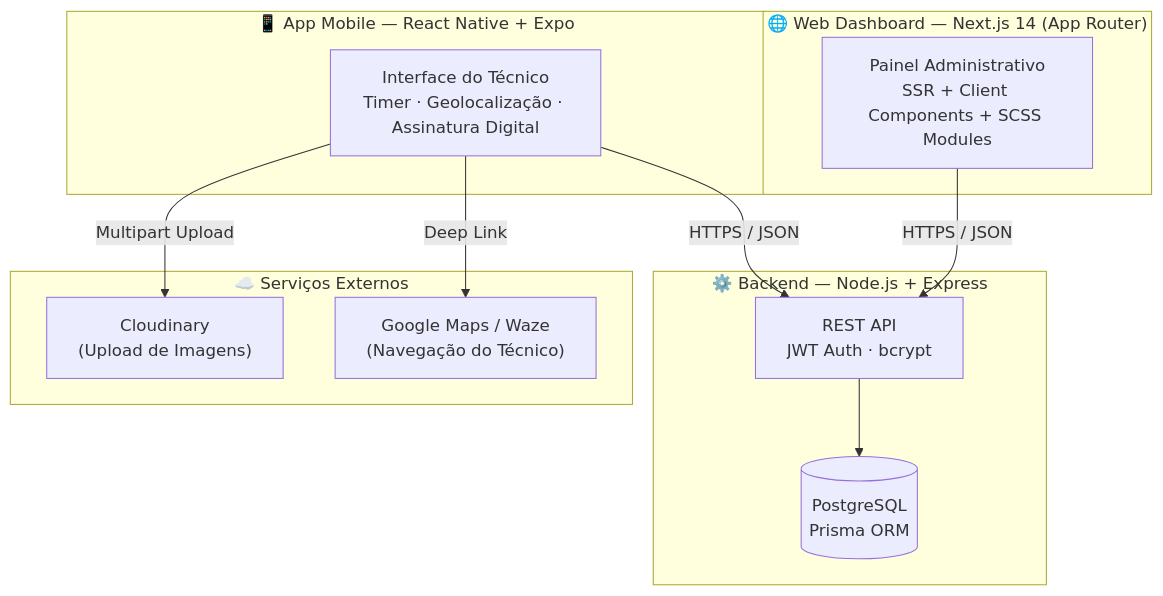
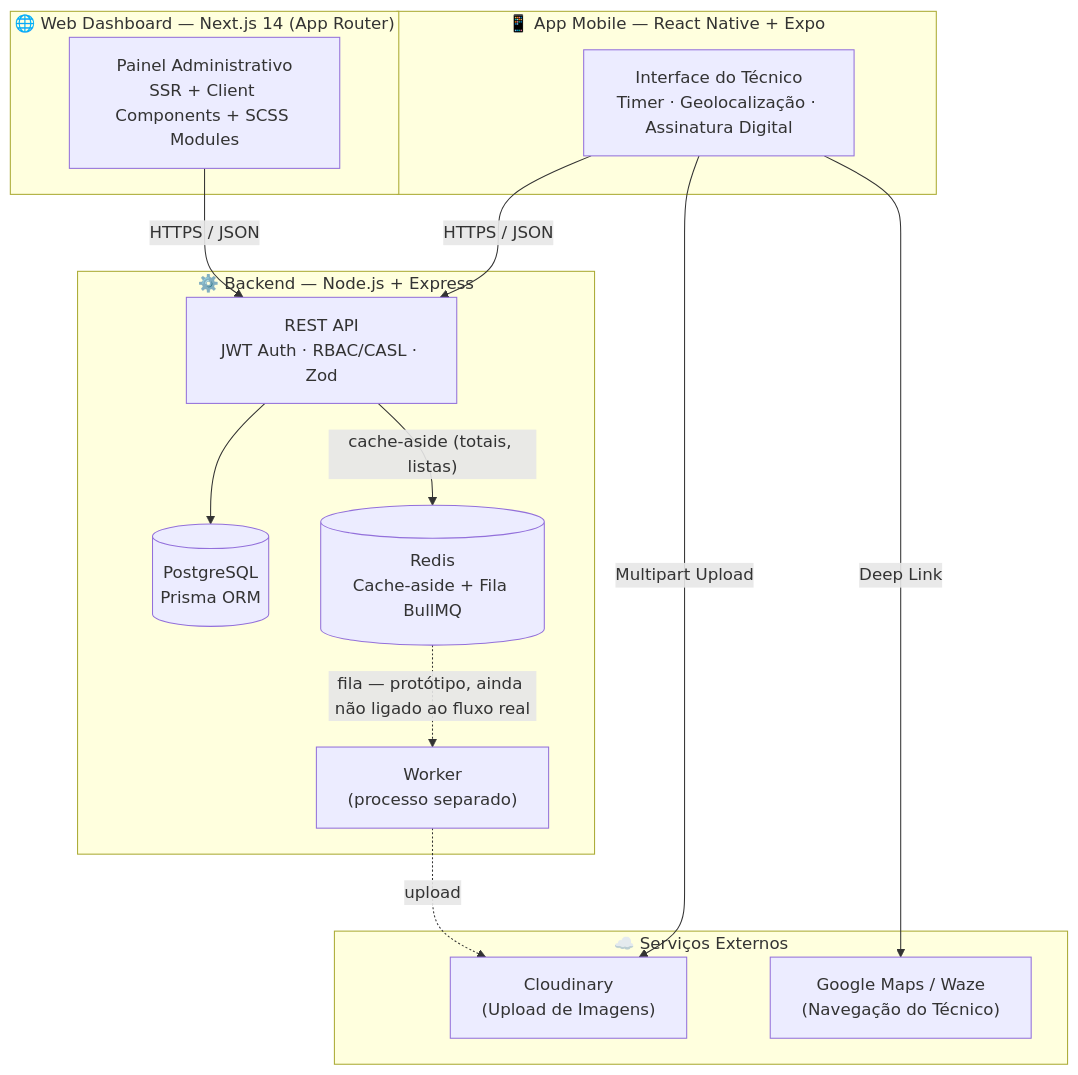
Before and after one commit to pablo-cruzbr/Fire-OS-Service-Order-SaaS: the diagram in README.md, drawn with Mermaid. The commit also changed other lines of this file and 1 other file, not shown here.

Commit message:
docs: update root architecture diagram with Redis and BullMQ worker
O diagrama mermaid do README raiz ainda mostrava so Web/Mobile/API/
Postgres/Cloudinary, sem refletir o Redis (cache-aside + fila) e o
worker adicionados nas ultimas rodadas. Adiciona um ponteiro pro mapa
de arquitetura completo em Backend/estudos-pleno/ARQUITETURA-ANTES-DEPOIS.md.

````diff
--- a/README.md
+++ b/README.md
@@ -60,26 +60,31 @@
 ```mermaid
 graph TB
   subgraph Web["🌐 Web Dashboard — Next.js 14 (App Router)"]
     FE["Painel Administrativo<br/>SSR + Client Components + SCSS Modules"]
   end
 
   subgraph Mobile["📱 App Mobile — React Native + Expo"]
     APP["Interface do Técnico<br/>Timer · Geolocalização · Assinatura Digital"]
   end
 
   subgraph Backend["⚙️ Backend — Node.js + Express"]
-    API["REST API<br/>JWT Auth · bcrypt"]
+    API["REST API<br/>JWT Auth · RBAC/CASL · Zod"]
     DB[("PostgreSQL<br/>Prisma ORM")]
+    REDIS[("Redis<br/>Cache-aside + Fila BullMQ")]
+    WORKER["Worker<br/>(processo separado)"]
   end
 
   subgraph External["☁️ Serviços Externos"]
     CDN["Cloudinary<br/>(Upload de Imagens)"]
     MAPS["Google Maps / Waze<br/>(Navegação do Técnico)"]
   end
 
   FE  -->|"HTTPS / JSON"| API
   APP -->|"HTTPS / JSON"| API
   API --> DB
+  API -->|"cache-aside (totais, listas)"| REDIS
+  REDIS -.->|"fila — protótipo, ainda não ligado ao fluxo real"| WORKER
+  WORKER -.->|"upload"| CDN
   APP -->|"Multipart Upload"| CDN
   APP -->|"Deep Link"| MAPS
 ```
````
